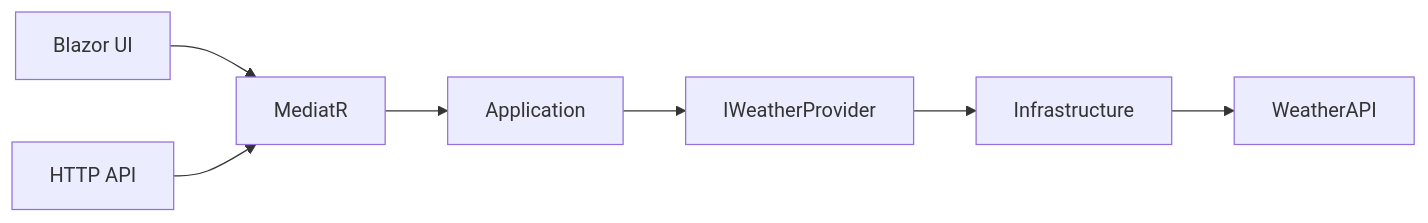
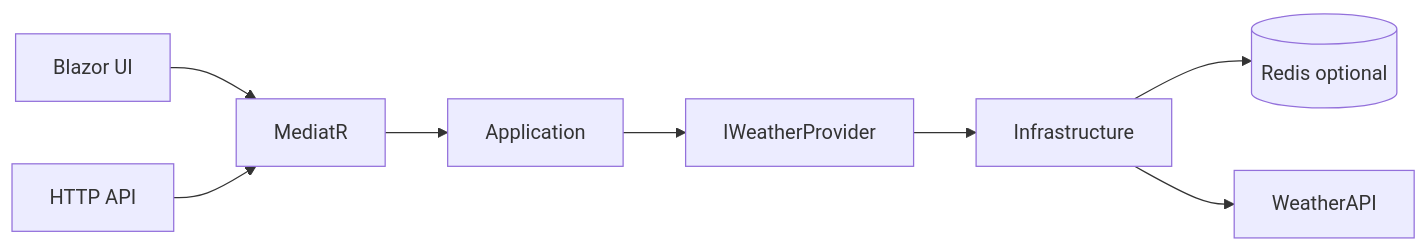
The diagram in README.md (Sskutushev/Power-Test), drawn with Mermaid before and after one commit. The commit also changed other lines of this file and 80 other files, not shown here.

````diff
--- a/README.md
+++ b/README.md
@@ -20,17 +22,19 @@
 ```mermaid
 flowchart LR
     UI[Blazor UI]
     API[HTTP API]
     MediatR[MediatR]
     Application[Application]
     Provider[IWeatherProvider]
     Infrastructure[Infrastructure]
+    Redis[(Redis optional)]
     WeatherAPI[WeatherAPI]
 
     UI --> MediatR
     API --> MediatR
     MediatR --> Application
     Application --> Provider
     Provider --> Infrastructure
+    Infrastructure --> Redis
     Infrastructure --> WeatherAPI
 ```
````
